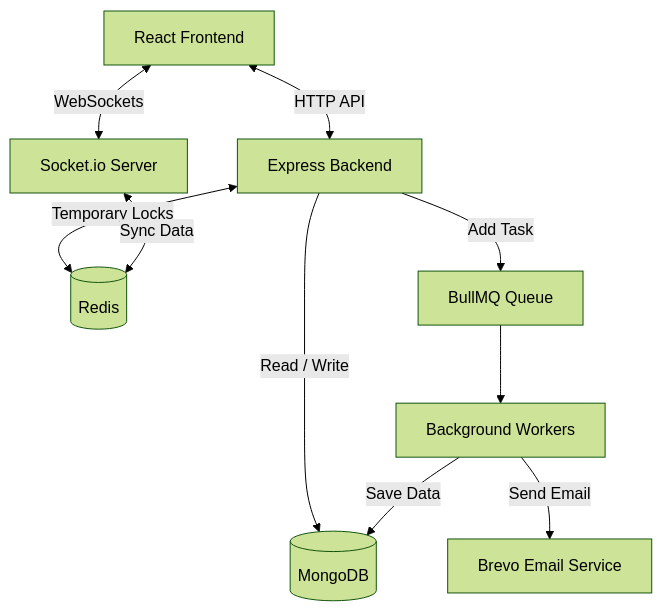
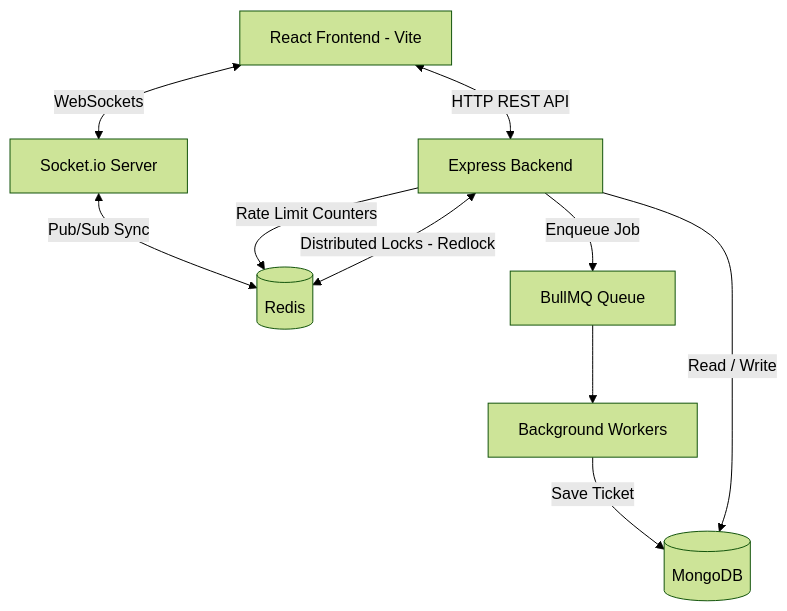
The diagram in README.md (VedDonda/TicketGo), drawn with Mermaid (forest theme) before and after one commit. The commit also changed other lines of this file and 11 other files, not shown here.

````diff
--- a/README.md
+++ b/README.md
@@ -49,16 +80,16 @@
 ```mermaid
 graph TD
-    Client[React Frontend] <-->|HTTP API| API[Express Backend]
+    Client[React Frontend - Vite] <-->|HTTP REST API| API[Express Backend]
     Client <-->|WebSockets| Socket[Socket.io Server]
-    
+
     API -->|Read / Write| Mongo[(MongoDB)]
-    API <-->|Temporary Locks| Redis[(Redis)]
-    
-    Socket <-->|Sync Data| Redis
-    
-    API -->|Add Task| Queue[BullMQ Queue]
+    API <-->|Distributed Locks - Redlock| Redis[(Redis)]
+    API -->|Rate Limit Counters| Redis
+
+    Socket <-->|Pub/Sub Sync| Redis
+
+    API -->|Enqueue Job| Queue[BullMQ Queue]
     Queue --> Worker[Background Workers]
-    
-    Worker -->|Save Data| Mongo
-    Worker -->|Send Email| Brevo[Brevo Email Service]
+
+    Worker -->|Save Ticket| Mongo   
 ```
````
